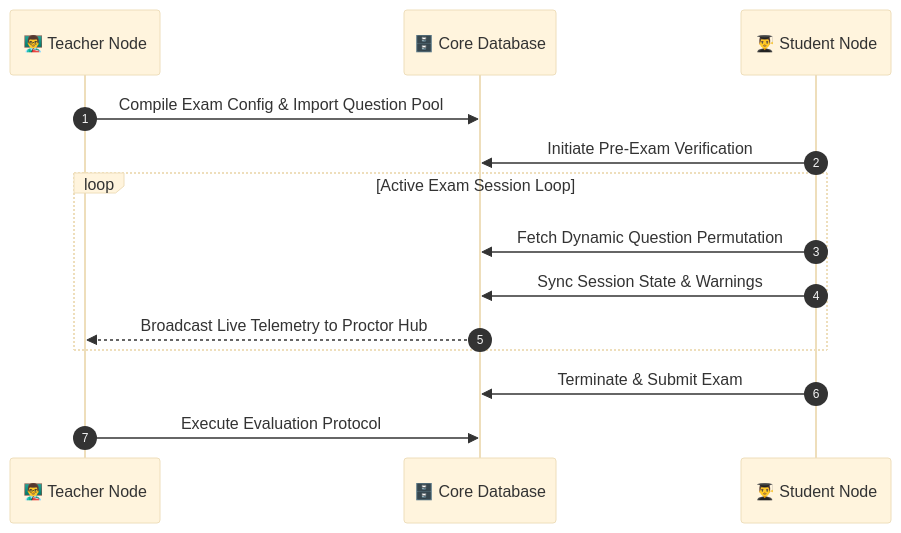
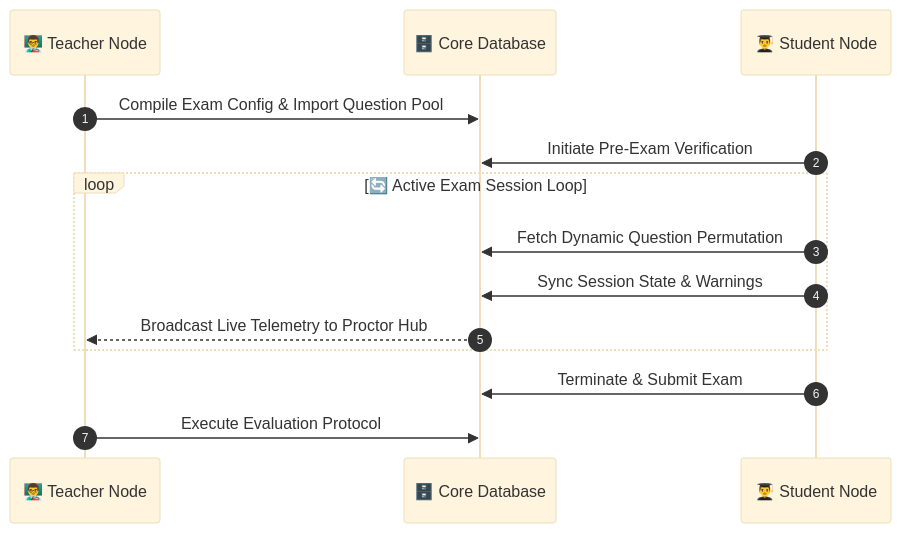
The diagram in README.md (Param-vadher/ProctorIQ), drawn with Mermaid (base theme) before and after one commit. The commit also changed other lines of this file, not shown here.

Commit message:
feat: futuristic README with icons, activity graph, and proper image URLs

````diff
--- a/README.md
+++ b/README.md
@@ -185,17 +229,17 @@
 ```mermaid
 sequenceDiagram
     autonumber
     participant T as 👨‍🏫 Teacher Node
     participant DB as 🗄️ Core Database
     participant S as 👨‍🎓 Student Node
 
     T->>DB: Compile Exam Config & Import Question Pool
     S->>DB: Initiate Pre-Exam Verification
-    loop Active Exam Session Loop
+    loop 🔄 Active Exam Session Loop
         S->>DB: Fetch Dynamic Question Permutation
         S->>DB: Sync Session State & Warnings
         DB-->>T: Broadcast Live Telemetry to Proctor Hub
     end
     S->>DB: Terminate & Submit Exam
     T->>DB: Execute Evaluation Protocol
 ```
````
